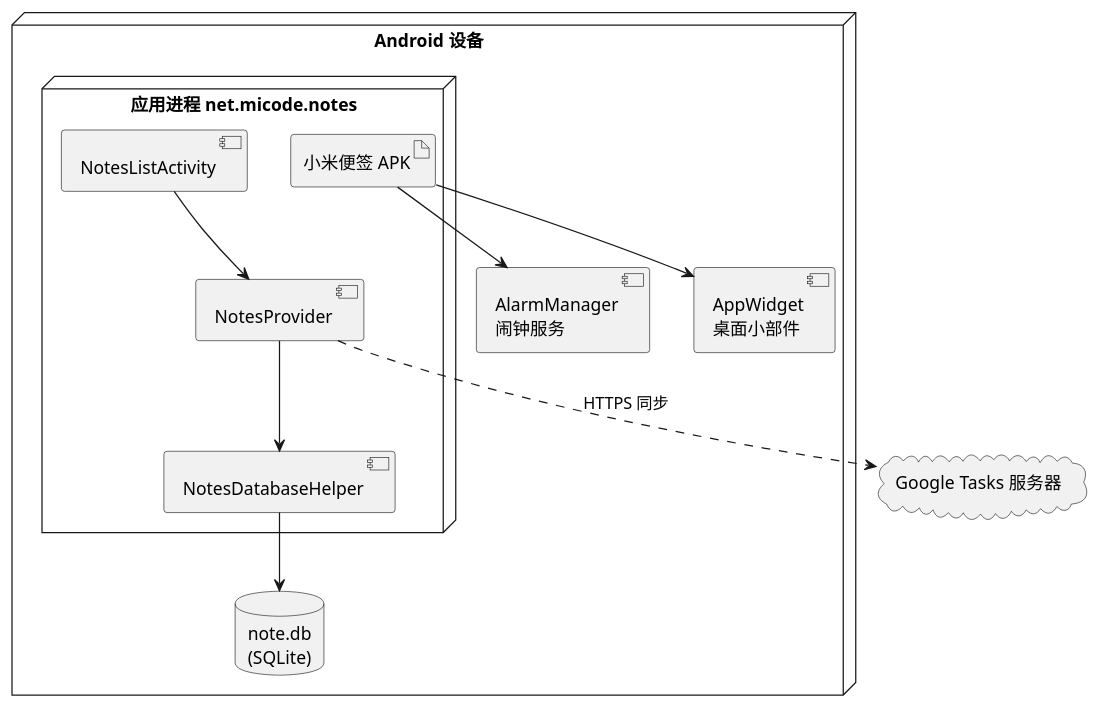
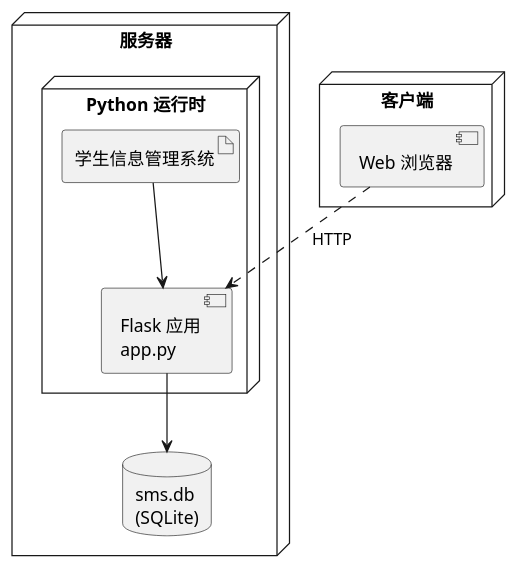
Before and after one commit to otreeevol/project: the diagram in docs/diagrams/deployment.puml, drawn with PlantUML. The commit also changed 221 other files, not shown here.

First line of the commit message:
重构：自选项目学生信息管理系统（Flask + SQLite 三层架构）

```diff
--- a/docs/diagrams/deployment.puml
+++ b/docs/diagrams/deployment.puml
@@ -1,23 +1,18 @@
 @startuml
-' 小米便签 —— 部署图
-node "Android 设备" {
-  node "应用进程 net.micode.notes" {
-    artifact "小米便签 APK" as APK
-    component "NotesListActivity" as UI
-    component "NotesProvider" as CP
-    component "NotesDatabaseHelper" as DBH
+' 学生信息管理系统 —— 部署图
+node "服务器" {
+  node "Python 运行时" {
+    component "Flask 应用\napp.py" as App
+    artifact "学生信息管理系统" as Art
   }
-  database "note.db\n(SQLite)" as DB
-  component "AlarmManager\n闹钟服务" as Alarm
-  component "AppWidget\n桌面小部件" as Widget
+  database "sms.db\n(SQLite)" as DB
+  App --> DB
+  Art --> App
 }
 
-cloud "Google Tasks 服务器" as GT
+node "客户端" {
+  component "Web 浏览器" as Browser
+}
 
-UI --> CP
-CP --> DBH
-DBH --> DB
-APK --> Alarm
-APK --> Widget
-CP ..> GT : HTTPS 同步
+Browser ..> App : HTTP
 @enduml
```
